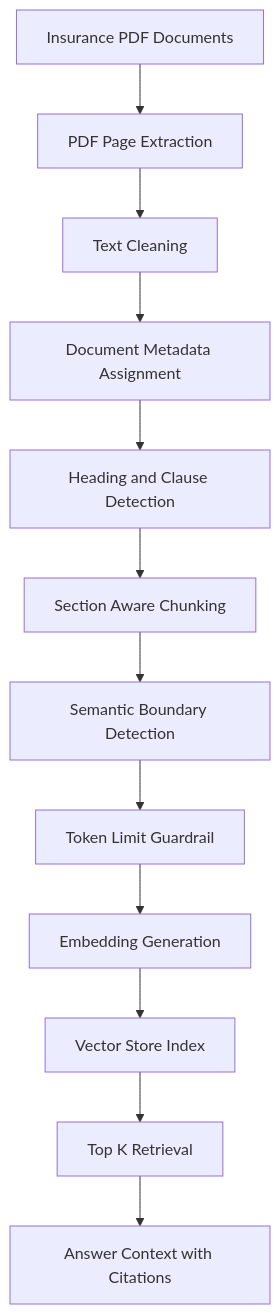
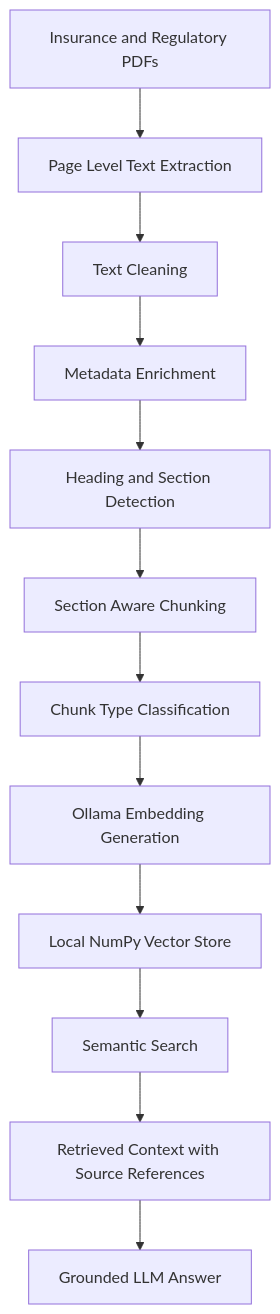
One commit to SwapnilMundhekar/insurance-claims-mcp-rag changed the third of 6 diagrams in README.md. Above: the diagram before and after it, drawn with Mermaid. The commit also changed other lines of this file, not shown here.

````diff
--- a/README.md
+++ b/README.md
@@ -133,14 +131,14 @@
 ```mermaid
 flowchart TD
-    A[Insurance PDF Documents] --> B[PDF Page Extraction]
+    A[Insurance and Regulatory PDFs] --> B[Page Level Text Extraction]
     B --> C[Text Cleaning]
-    C --> D[Document Metadata Assignment]
-    D --> E[Heading and Clause Detection]
+    C --> D[Metadata Enrichment]
+    D --> E[Heading and Section Detection]
     E --> F[Section Aware Chunking]
-    F --> G[Semantic Boundary Detection]
-    G --> H[Token Limit Guardrail]
-    H --> I[Embedding Generation]
-    I --> J[Vector Store Index]
-    J --> K[Top K Retrieval]
-    K --> L[Answer Context with Citations]
+    F --> G[Chunk Type Classification]
+    G --> H[Ollama Embedding Generation]
+    H --> I[Local NumPy Vector Store]
+    I --> J[Semantic Search]
+    J --> K[Retrieved Context with Source References]
+    K --> L[Grounded LLM Answer]
 ```
````
